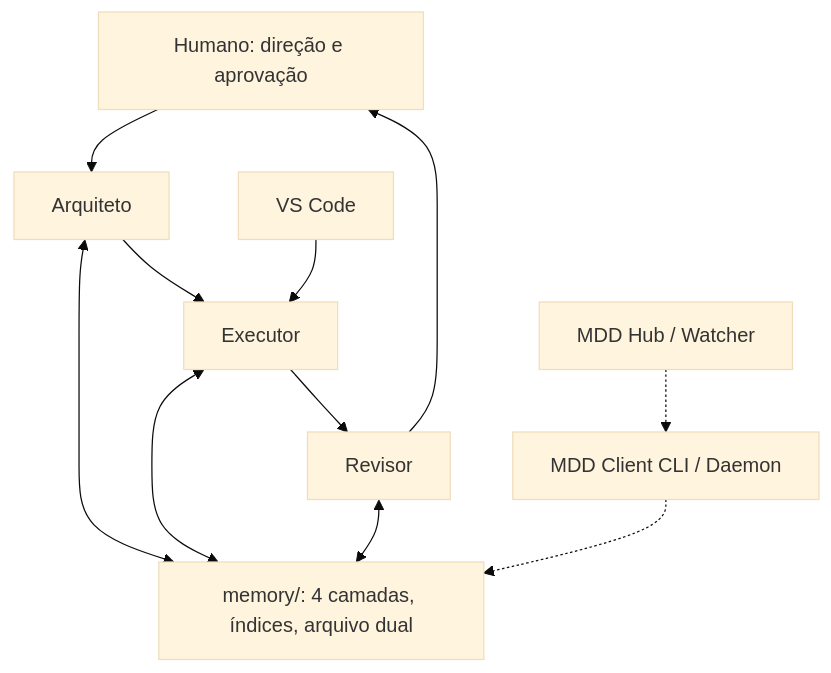
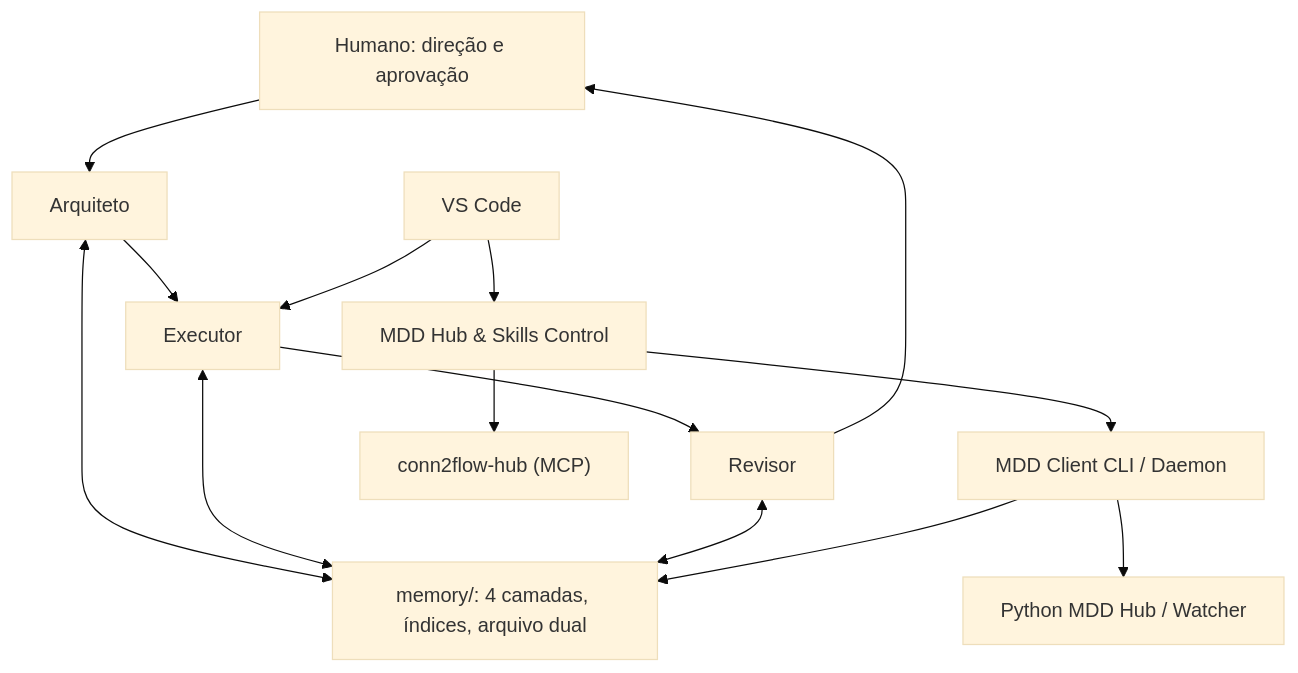
One commit to otavioserra/conn2flow-ai-workspace changed the diagram in README-PT-BR.md. Above: the diagram before and after it, drawn with Mermaid (base theme). The commit also changed other lines of this file and 39 other files, not shown here.

Commit message:
feat(mdd): homologate REQ-092 / BATCH-094 (VSIX v1.2.0, REQ-082 skills cleanup, post-ARCH-018 docs, DEC-136 curation)

````diff
--- a/README-PT-BR.md
+++ b/README-PT-BR.md
@@ -15,13 +15,16 @@
 ```mermaid
 flowchart TB
   H["Humano: direção e aprovação"] --> A["Arquiteto"]
   A --> E["Executor"]
   E --> R["Revisor"]
   R --> H
   A <--> M["memory/: 4 camadas, índices, arquivo dual"]
   E <--> M
   R <--> M
   V["VS Code"] --> E
-  C["MDD Client CLI / Daemon"] -.-> M
-  U["MDD Hub / Watcher"] -.-> C
+  C["MDD Client CLI / Daemon"] --> M
+  C --> U["Python MDD Hub / Watcher"]
+  V --> B["MDD Hub & Skills Control"]
+  B --> C
+  B --> T["conn2flow-hub (MCP)"]
 ```
````
